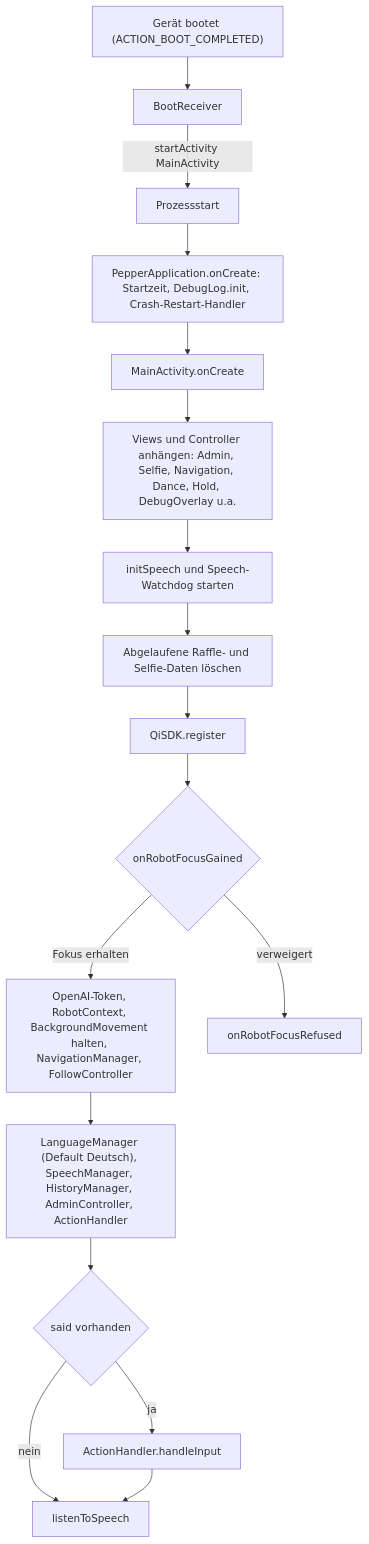
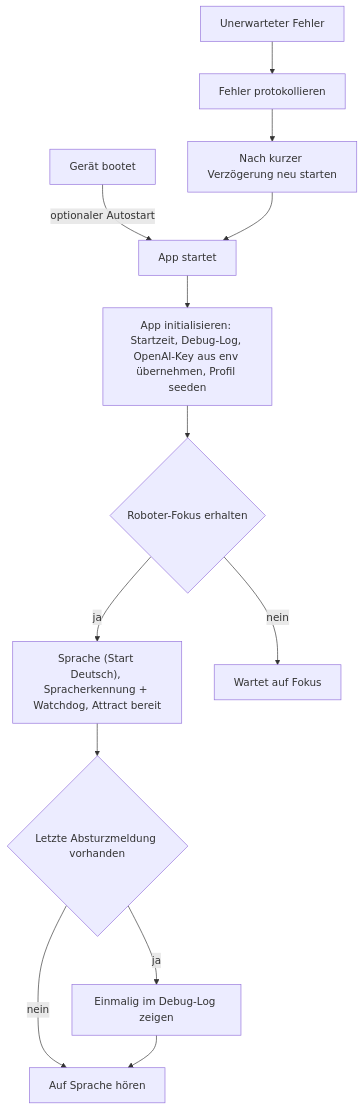
Before and after one commit to nijasc/Pepper: the first of 12 diagrams in FLOWS.md, drawn with Mermaid. The commit also changed other lines of this file and 3 other files, not shown here.

First line of the commit message:
Doku auf aktuellen Stand: README und FLOWS ueberarbeitet, Extra-Dateien entfernt

````diff
--- a/FLOWS.md
+++ b/FLOWS.md
@@ -22,19 +26,15 @@
 ```mermaid
 flowchart TD
-    Boot["Gerät bootet (ACTION_BOOT_COMPLETED)"] --> BR[BootReceiver]
-    BR -->|startActivity MainActivity| Proc[Prozessstart]
-    Proc --> App["PepperApplication.onCreate: Startzeit, DebugLog.init, Crash-Restart-Handler"]
-    App --> MA[MainActivity.onCreate]
-    MA --> Views["Views und Controller anhängen: Admin, Selfie, Navigation, Dance, Hold, DebugOverlay u.a."]
-    Views --> Speech["initSpeech und Speech-Watchdog starten"]
-    Speech --> Purge["Abgelaufene Raffle- und Selfie-Daten löschen"]
-    Purge --> Reg[QiSDK.register]
-    Reg --> Focus{onRobotFocusGained}
-    Focus -->|Fokus erhalten| FG["OpenAI-Token, RobotContext, BackgroundMovement halten, NavigationManager, FollowController"]
-    FG --> Init["LanguageManager (Default Deutsch), SpeechManager, HistoryManager, AdminController, ActionHandler"]
-    Init --> Pending{said vorhanden}
-    Pending -->|ja| Handle[ActionHandler.handleInput]
-    Pending -->|nein| Listen[listenToSpeech]
-    Handle --> Listen
-    Focus -->|verweigert| Refused[onRobotFocusRefused]
+    Boot["Gerät bootet"] -->|optionaler Autostart| Proc[App startet]
+    Crash["Unerwarteter Fehler"] --> Persist["Fehler protokollieren"]
+    Persist --> Restart["Nach kurzer Verzögerung neu starten"]
+    Restart --> Proc
+    Proc --> Init["App initialisieren: Startzeit, Debug-Log, OpenAI-Key aus env übernehmen, Profil seeden"]
+    Init --> Focus{Roboter-Fokus erhalten}
+    Focus -->|ja| Ready["Sprache (Start Deutsch), Spracherkennung + Watchdog, Attract bereit"]
+    Focus -->|nein| Refused["Wartet auf Fokus"]
+    Ready --> CrashShown{Letzte Absturzmeldung vorhanden}
+    CrashShown -->|ja| ShowCrash["Einmalig im Debug-Log zeigen"]
+    CrashShown -->|nein| Listen[Auf Sprache hören]
+    ShowCrash --> Listen
 ```
````
